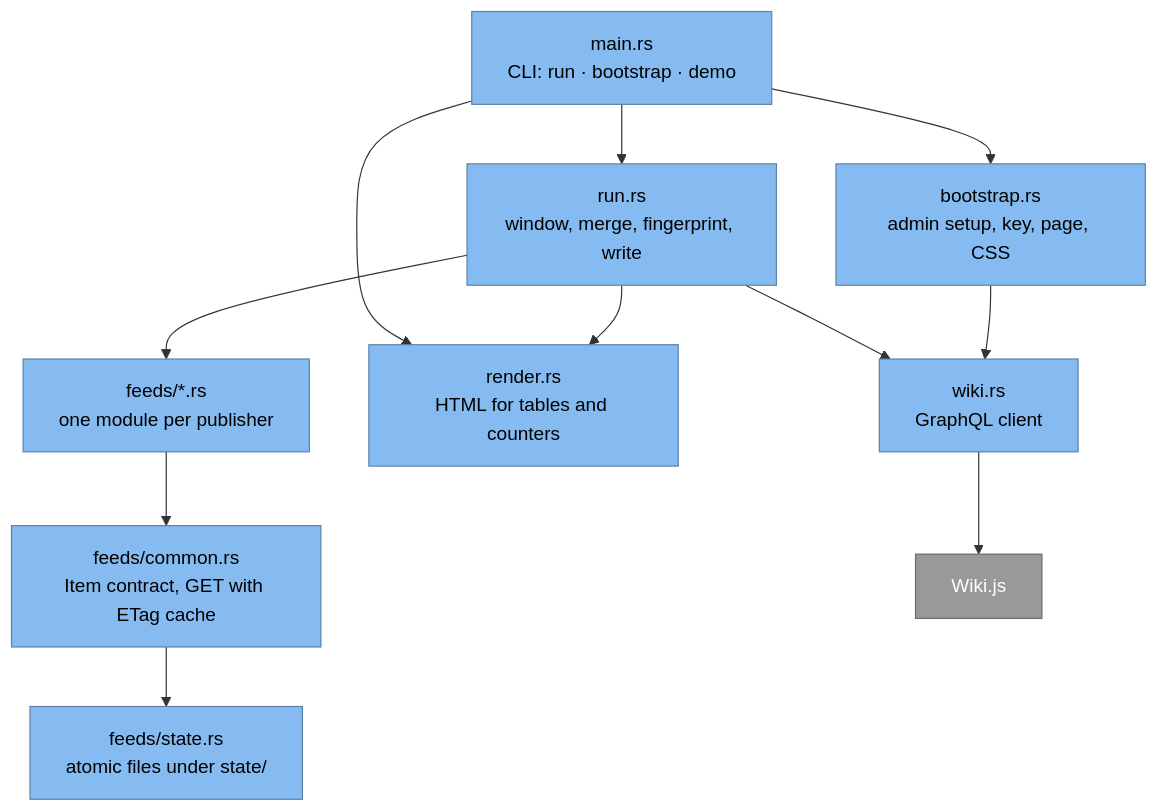
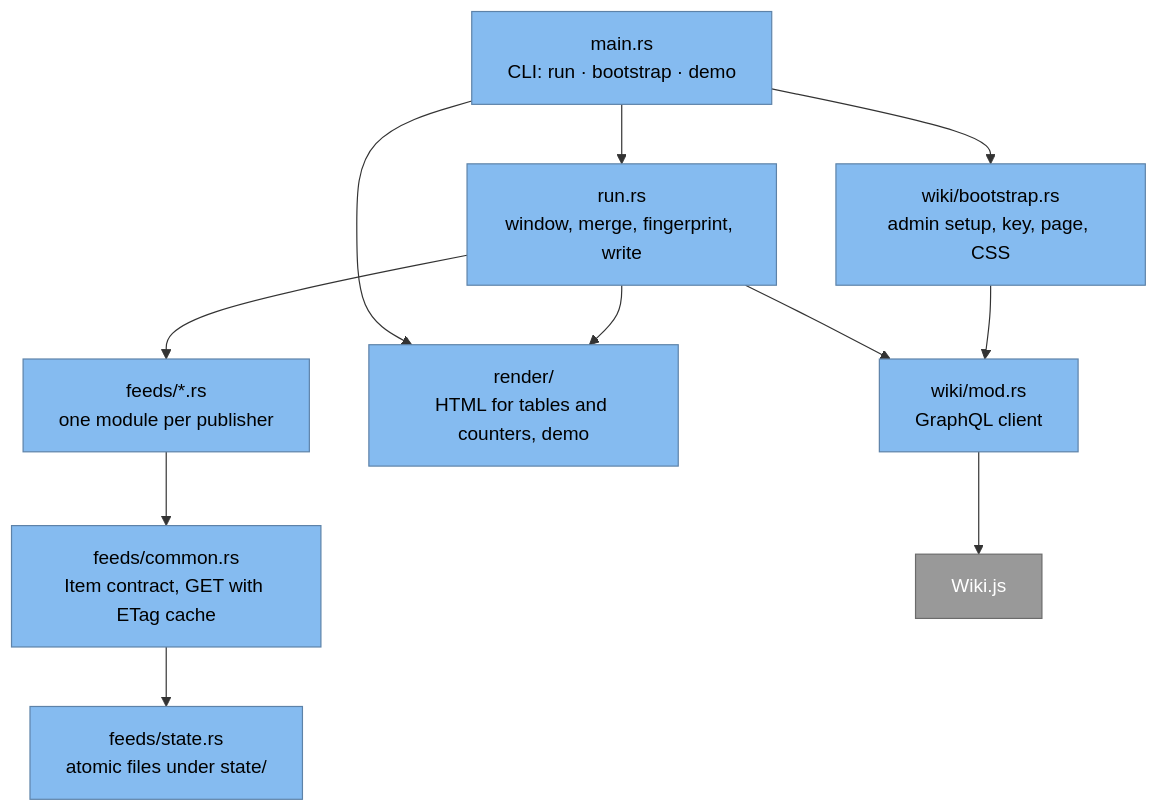
One commit to mckema/cyber-dashboard changed the third of 3 diagrams in README.md. Above: the diagram before and after it, drawn with Mermaid. The commit also changed 20 other files, not shown here.

First line of the commit message:
Drop the Python emulation layer and split render and wiki into modules

````diff
--- a/README.md
+++ b/README.md
@@ -94,22 +94,22 @@
 ```mermaid
 flowchart TB
   classDef component fill:#85bbf0,stroke:#5d82a8,color:#000
   classDef ext fill:#999,stroke:#6b6b6b,color:#fff
 
   main["main.rs<br/>CLI: run · bootstrap · demo"]:::component
   run["run.rs<br/>window, merge, fingerprint, write"]:::component
   feeds["feeds/*.rs<br/>one module per publisher"]:::component
   common["feeds/common.rs<br/>Item contract, GET with ETag cache"]:::component
   st["feeds/state.rs<br/>atomic files under state/"]:::component
-  render["render.rs<br/>HTML for tables and counters"]:::component
-  wiki["wiki.rs<br/>GraphQL client"]:::component
-  boot["bootstrap.rs<br/>admin setup, key, page, CSS"]:::component
+  render["render/<br/>HTML for tables and counters, demo"]:::component
+  wiki["wiki/mod.rs<br/>GraphQL client"]:::component
+  boot["wiki/bootstrap.rs<br/>admin setup, key, page, CSS"]:::component
   wjs["Wiki.js"]:::ext
 
   main --> run & boot & render
   run --> feeds --> common --> st
   run --> render
   run --> wiki
   boot --> wiki
   wiki --> wjs
 ```
````
